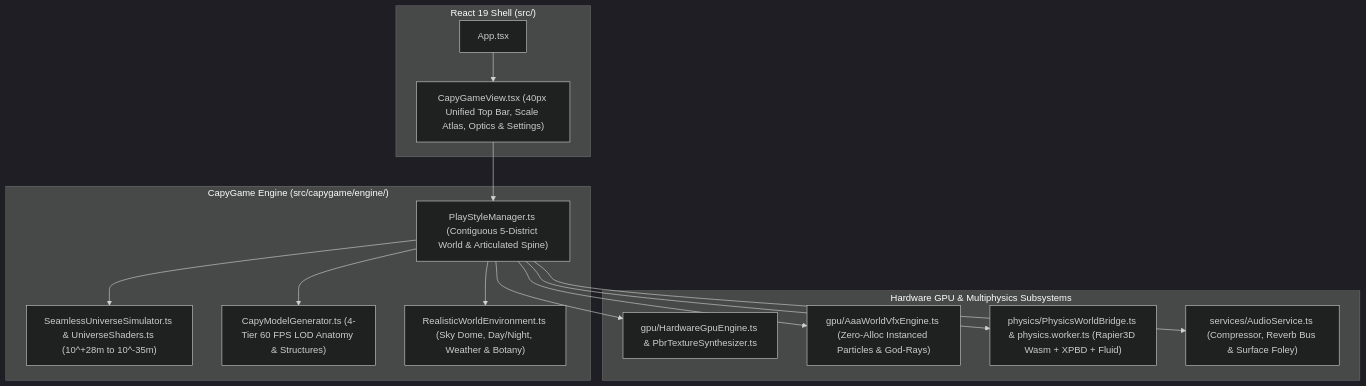
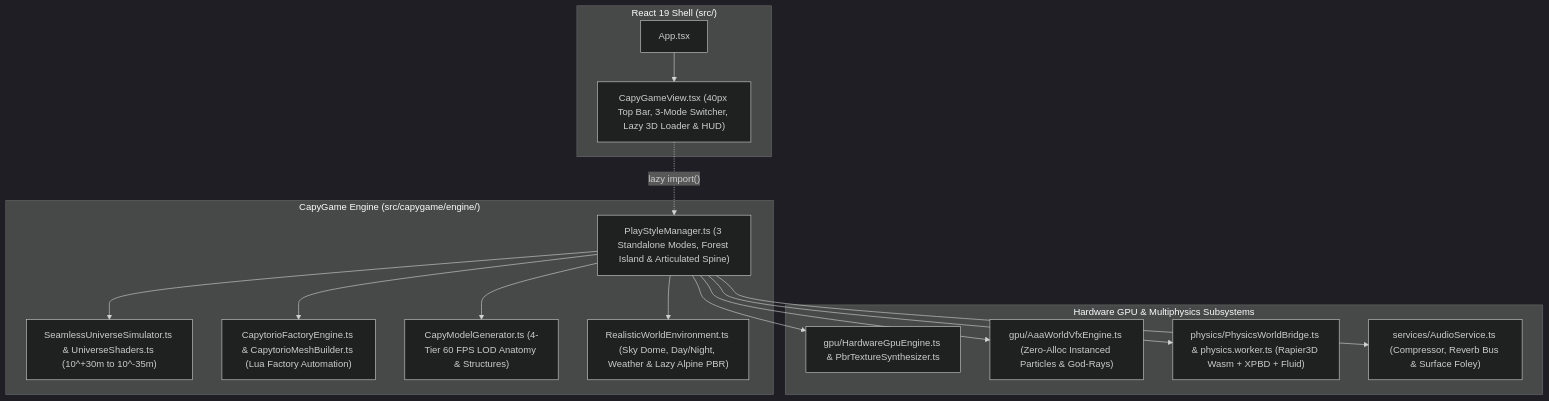
The diagram in README.md (shthed/capygame), drawn with Mermaid (dark theme) before and after one commit. The commit also changed other lines of this file and 7 other files, not shown here.

````diff
--- a/README.md
+++ b/README.md
@@ -50,31 +51,33 @@
 ```mermaid
 graph TD
   subgraph ReactShell["React 19 Shell (src/)"]
     App["App.tsx"]
-    View["CapyGameView.tsx (40px Unified Top Bar, Scale Atlas, Optics & Settings)"]
+    View["CapyGameView.tsx (40px Top Bar, 3-Mode Switcher, Lazy 3D Loader & HUD)"]
   end
 
   subgraph EngineCore["CapyGame Engine (src/capygame/engine/)"]
-    PSM["PlayStyleManager.ts (Contiguous 5-District World & Articulated Spine)"]
-    SUS["SeamlessUniverseSimulator.ts & UniverseShaders.ts (10^+28m to 10^-35m)"]
+    PSM["PlayStyleManager.ts (3 Standalone Modes, Forest Island & Articulated Spine)"]
+    SUS["SeamlessUniverseSimulator.ts & UniverseShaders.ts (10^+30m to 10^-35m)"]
+    CAP["CapytorioFactoryEngine.ts & CapytorioMeshBuilder.ts (Lua Factory Automation)"]
     CMG["CapyModelGenerator.ts (4-Tier 60 FPS LOD Anatomy & Structures)"]
-    RWE["RealisticWorldEnvironment.ts (Sky Dome, Day/Night, Weather & Botany)"]
+    RWE["RealisticWorldEnvironment.ts (Sky Dome, Day/Night, Weather & Lazy Alpine PBR)"]
   end
 
   subgraph GpuAndPhysics["Hardware GPU & Multiphysics Subsystems"]
     GPU["gpu/HardwareGpuEngine.ts & PbrTextureSynthesizer.ts"]
     VFX["gpu/AaaWorldVfxEngine.ts (Zero-Alloc Instanced Particles & God-Rays)"]
     PHYS["physics/PhysicsWorldBridge.ts & physics.worker.ts (Rapier3D Wasm + XPBD + Fluid)"]
     AUD["services/AudioService.ts (Compressor, Reverb Bus & Surface Foley)"]
   end
 
   App --> View
-  View --> PSM
+  View -. "lazy import()" .-> PSM
   PSM --> SUS
+  PSM --> CAP
   PSM --> CMG
   PSM --> RWE
   PSM --> GPU
   PSM --> VFX
   PSM --> PHYS
   PSM --> AUD
 ```
````
